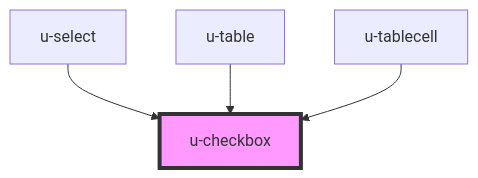
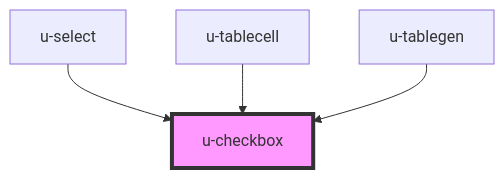
The diagram in src/components/u-checkbox/readme.md (theUrbans/uniform), drawn with Mermaid before and after one commit. The commit also changed other lines of this file and 62 other files, not shown here.

````diff
--- a/src/components/u-checkbox/readme.md
+++ b/src/components/u-checkbox/readme.md
@@ -39,7 +39,7 @@
 ```mermaid
 graph TD;
   u-select --> u-checkbox
-  u-table --> u-checkbox
   u-tablecell --> u-checkbox
+  u-tablegen --> u-checkbox
   style u-checkbox fill:#f9f,stroke:#333,stroke-width:4px
 ```
````
